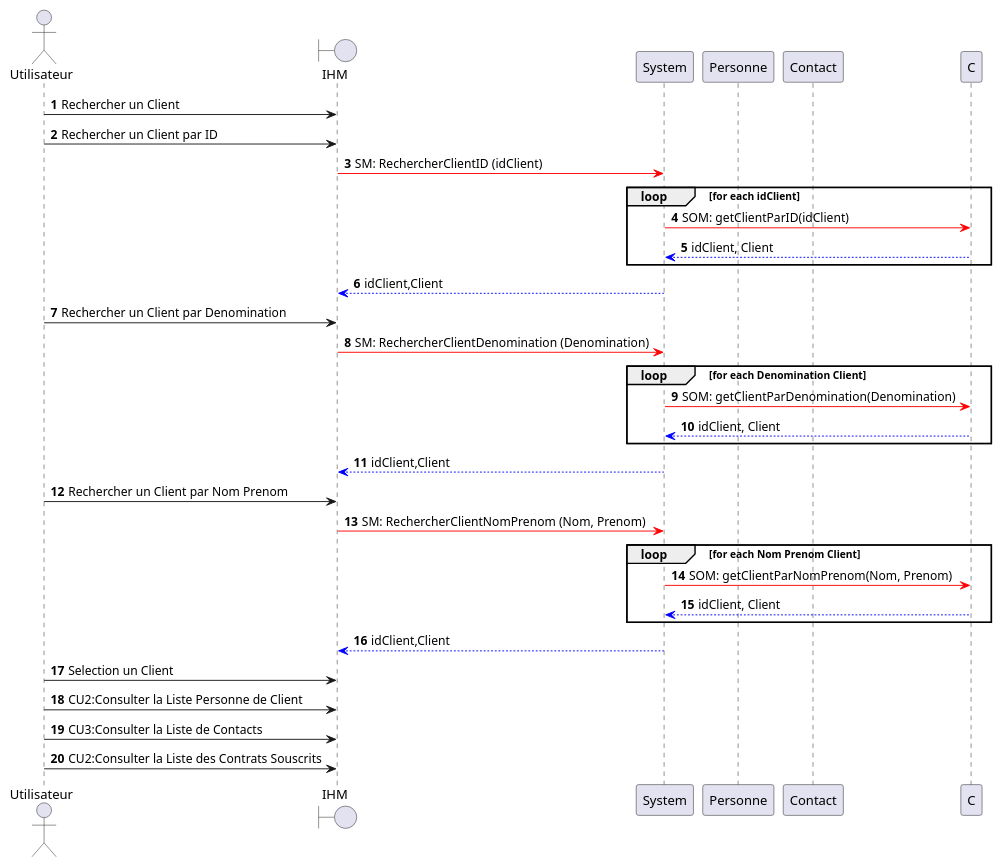
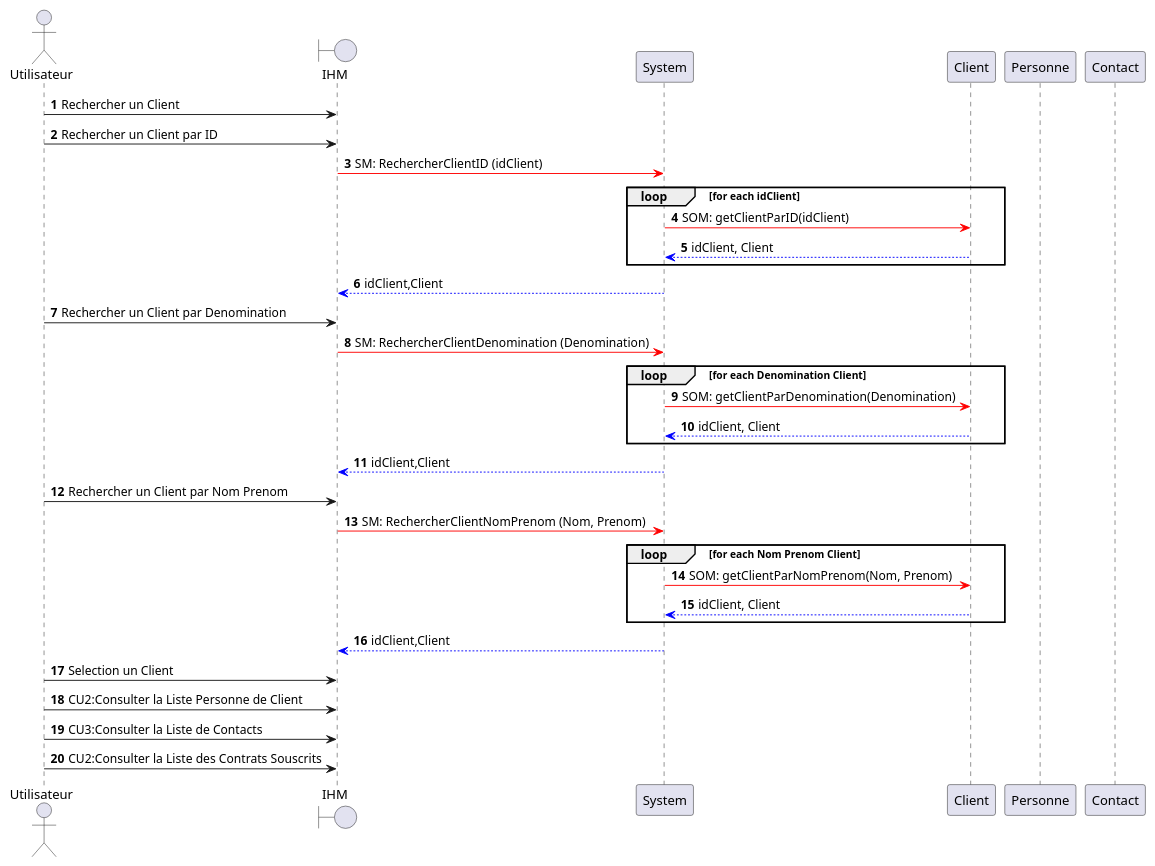
One commit to HZjiadong/PLD-MARS changed the diagram in src/documentation/CU1-DSD.puml. Above: the diagram before and after it, drawn with PlantUML.

```diff
--- a/src/documentation/CU1-DSD.puml
+++ b/src/documentation/CU1-DSD.puml
@@ -1,42 +1,43 @@
 @startuml
 actor Utilisateur as U
 boundary IHM as I
 participant System as S
+participant Client as C
 participant Personne as P
 participant Contact as Con
 autonumber
 
 U->I: Rechercher un Client
 
 U->I: Rechercher un Client par ID
     I-[#red]>S: SM: RechercherClientID (idClient)
         loop for each idClient
         S-[#red]>C: SOM: getClientParID(idClient)
         C-[#0000FF]->S: idClient, Client
         end
     S-[#0000FF]->I: idClient,Client
 
 U->I: Rechercher un Client par Denomination
     I-[#red]>S: SM: RechercherClientDenomination (Denomination)
         loop for each Denomination Client
         S-[#red]>C: SOM: getClientParDenomination(Denomination)
         C-[#0000FF]->S: idClient, Client
         end
     S-[#0000FF]->I: idClient,Client
 
 U->I: Rechercher un Client par Nom Prenom
     I-[#red]>S: SM: RechercherClientNomPrenom (Nom, Prenom)
         loop for each Nom Prenom Client
         S-[#red]>C: SOM: getClientParNomPrenom(Nom, Prenom)
         C-[#0000FF]->S: idClient, Client
         end
     S-[#0000FF]->I: idClient,Client
 
 U->I: Selection un Client
 
 U->I: CU2:Consulter la Liste Personne de Client
 U->I: CU3:Consulter la Liste de Contacts
 U->I: CU2:Consulter la Liste des Contrats Souscrits
 
 
 @enduml
```
